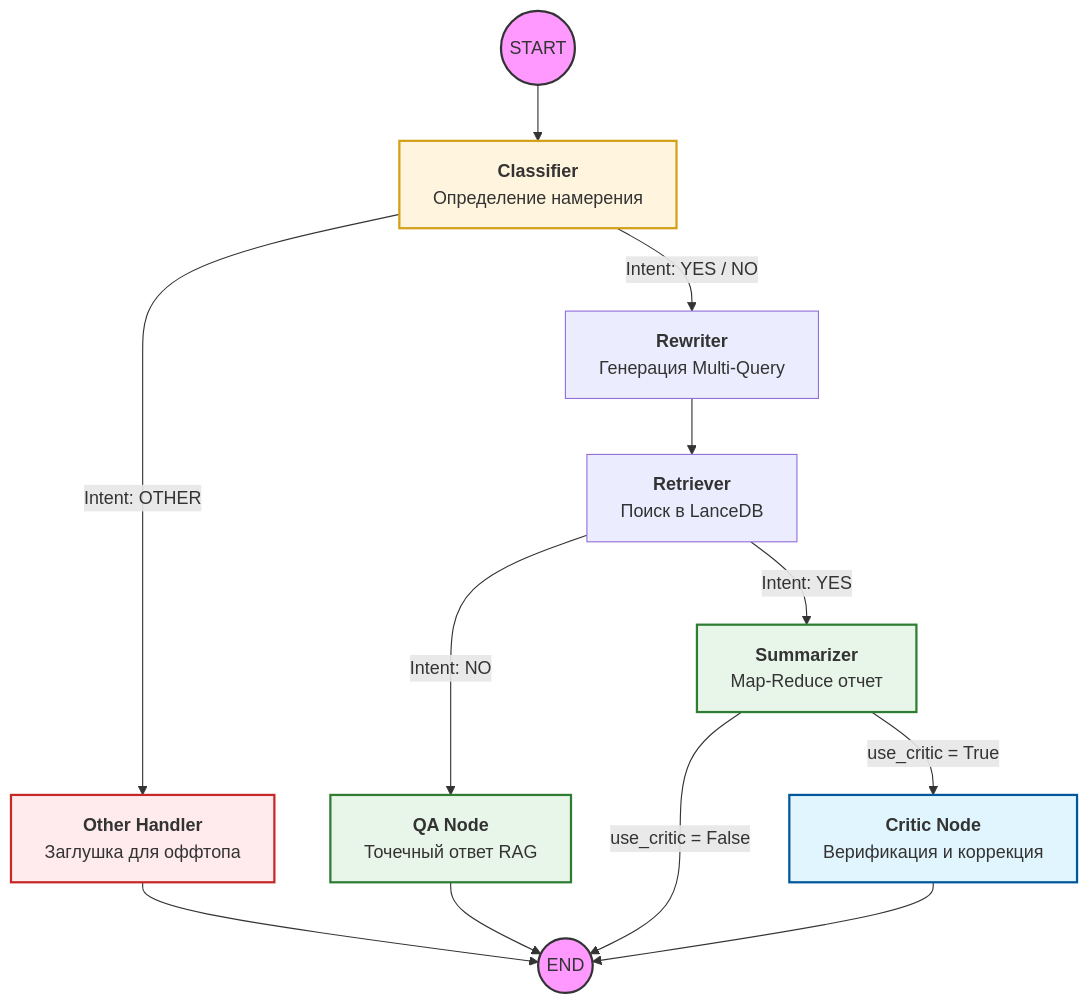
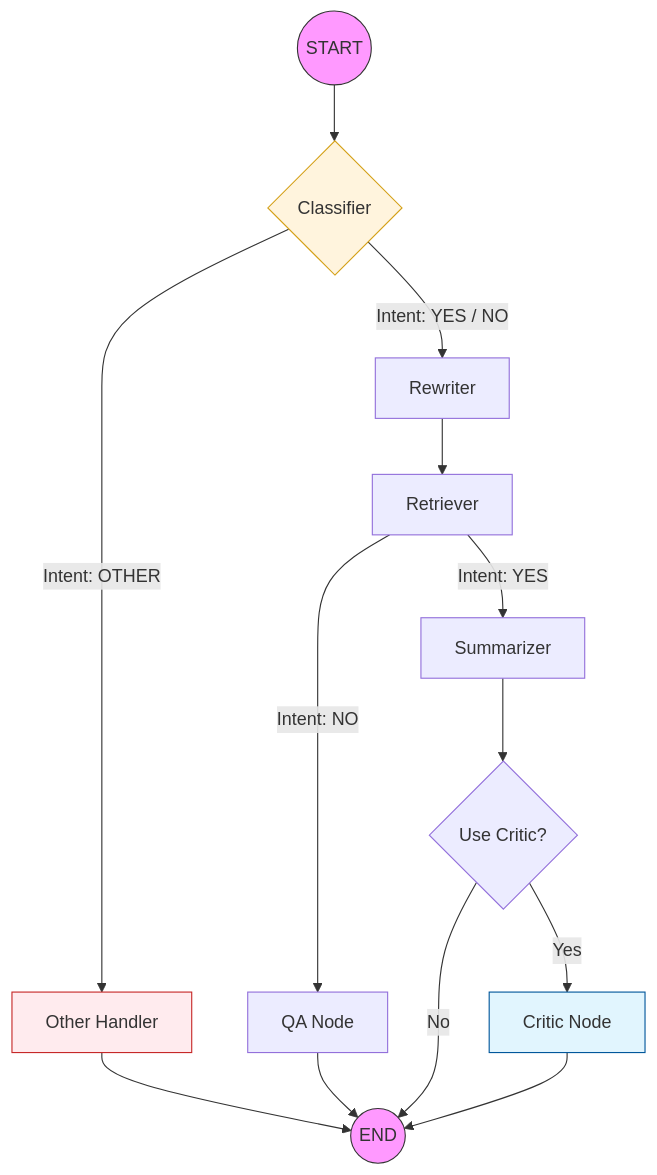
One commit to fluloeo/ArxivArticlesResearchAgent changed the diagram in README.md. Above: the diagram before and after it, drawn with Mermaid.

````diff
--- a/README.md
+++ b/README.md
@@ -92,42 +92,28 @@
-```Mermaid
+```mermaid
 graph TD
-    %% Определение узлов
-    Start((START))
-    Classifier[<b>Classifier</b><br/>Определение намерения]
-    OtherHandler[<b>Other Handler</b><br/>Заглушка для оффтопа]
-    Rewriter[<b>Rewriter</b><br/>Генерация Multi-Query]
-    Retriever[<b>Retriever</b><br/>Поиск в LanceDB]
-    QA[<b>QA Node</b><br/>Точечный ответ RAG]
-    Summarizer[<b>Summarizer</b><br/>Map-Reduce отчет]
-    Critic[<b>Critic Node</b><br/>Верификация и коррекция]
-    End((END))
-
-    %% Логика графа
-    Start --> Classifier
+    Start((START)) --> Classifier{Classifier}
     
-    Classifier -->|Intent: OTHER| OtherHandler
-    Classifier -->|Intent: YES / NO| Rewriter
+    Classifier -->|Intent: OTHER| OtherHandler[Other Handler]
+    Classifier -->|Intent: YES / NO| Rewriter[Rewriter]
     
-    OtherHandler --> End
+    OtherHandler --> End((END))
     
-    Rewriter --> Retriever
+    Rewriter --> Retriever[Retriever]
     
-    Retriever -->|Intent: NO| QA
-    Retriever -->|Intent: YES| Summarizer
+    Retriever -->|Intent: NO| QA[QA Node]
+    Retriever -->|Intent: YES| Summarizer[Summarizer]
     
     QA --> End
     
-    Summarizer -->|use_critic = True| Critic
-    Summarizer -->|use_critic = False| End
+    Summarizer --> IsCritic{Use Critic?}
+    IsCritic -->|Yes| Critic[Critic Node]
+    IsCritic -->|No| End
     
     Critic --> End
 
-    %% Стилизация
-    style Start fill:#f9f,stroke:#333,stroke-width:2px
-    style End fill:#f9f,stroke:#333,stroke-width:2px
-    style Classifier fill:#fff4dd,stroke:#d4a017,stroke-width:2px
-    style Critic fill:#e1f5fe,stroke:#01579b,stroke-width:2px
-    style OtherHandler fill:#ffebee,stroke:#c62828,stroke-width:2px
-    style Summarizer fill:#e8f5e9,stroke:#2e7d32,stroke-width:2px
-    style QA fill:#e8f5e9,stroke:#2e7d32,stroke-width:2px
+    style Start fill:#f9f,stroke:#333
+    style End fill:#f9f,stroke:#333
+    style Classifier fill:#fff4dd,stroke:#d4a017
+    style Critic fill:#e1f5fe,stroke:#01579b
+    style OtherHandler fill:#ffebee,stroke:#c62828
 ```
````
